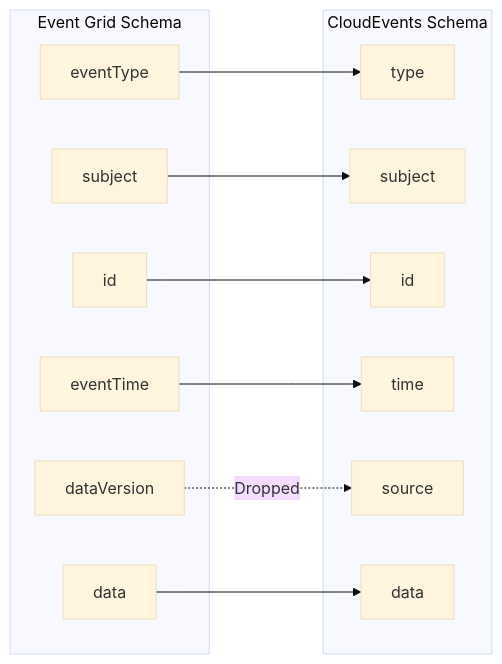
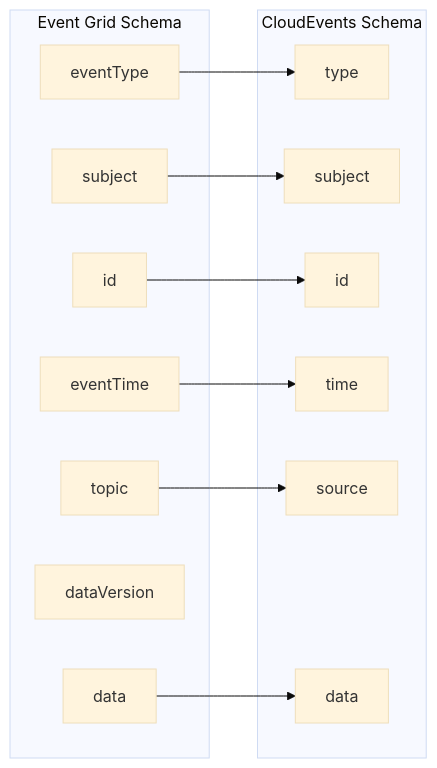
One commit to OneUptime/blog changed the diagram in posts/2026-02-16-how-to-use-cloudevents-schema-with-azure-event-grid/README.md. Above: the diagram before and after it, drawn with Mermaid (base theme). The commit also changed other lines of this file and 2 other files, not shown here.

Commit message:
validate: 2026-02-16-how-to-use-cloudevents-schema-with-azure-event-grid

````diff
--- a/posts/2026-02-16-how-to-use-cloudevents-schema-with-azure-event-grid/README.md
+++ b/posts/2026-02-16-how-to-use-cloudevents-schema-with-azure-event-grid/README.md
@@ -213,25 +217,26 @@
 ```mermaid
 graph LR
     subgraph "Event Grid Schema"
         A[eventType]
         B[subject]
         C[id]
         D[eventTime]
-        E[dataVersion]
+        E[topic]
+        V[dataVersion]
         F[data]
     end
     subgraph "CloudEvents Schema"
         G[type]
         H[subject]
         I[id]
         J[time]
         K[source]
         L[data]
     end
     A --> G
     B --> H
     C --> I
     D --> J
-    E -.->|Dropped| K
+    E --> K
     F --> L
 ```
````
